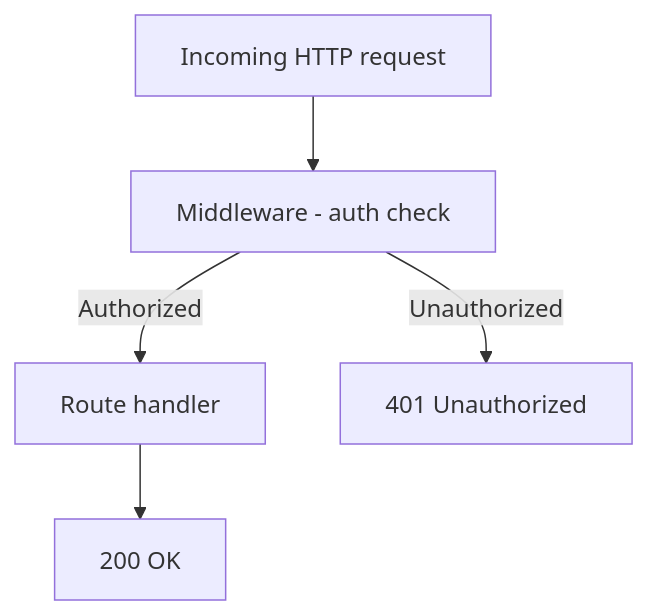
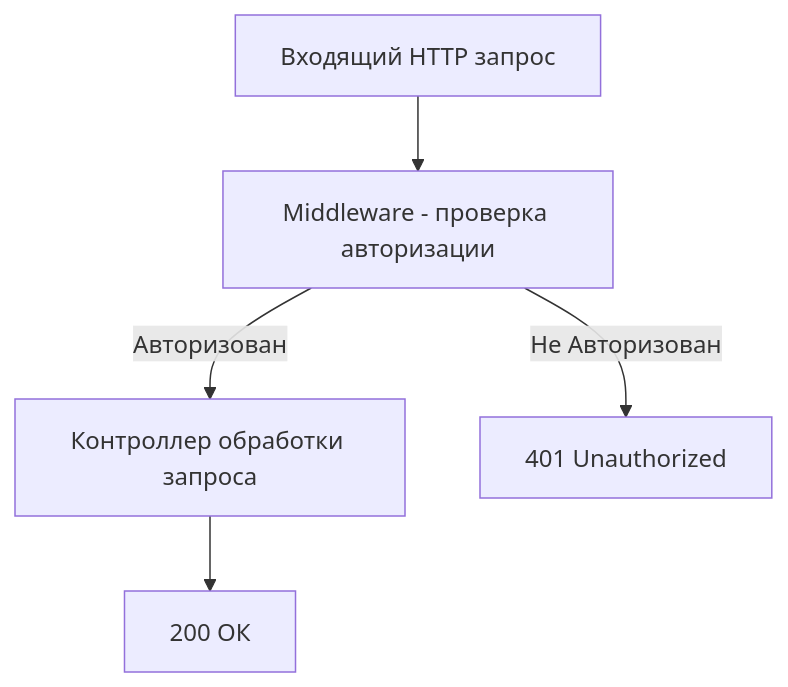
One commit to Tminww/shekshuev.github.io changed the diagram in docs/databases/development/js/database-connection.md. Above: the diagram before and after it, drawn with Mermaid. The commit also changed other lines of this file and 45 other files, not shown here.

````diff
--- a/docs/databases/development/js/database-connection.md
+++ b/docs/databases/development/js/database-connection.md
@@ -459,7 +468,7 @@
-   ```mermaid
-   flowchart TD
-   A[Incoming HTTP request] --> B[Middleware - auth check]
-   B -->|Authorized| C[Route handler]
-   B -->|Unauthorized| D[401 Unauthorized]
-   C --> E[200 OK]
-   ```
+    ```mermaid
+    flowchart TD
+    A[Входящий HTTP запрос] --> B[Middleware - проверка авторизации]
+    B -->|Авторизован| C[Контроллер обработки запроса]
+    B -->|Не Авторизован| D[401 Unauthorized]
+    C --> E[200 ОК]
+    ```
````
